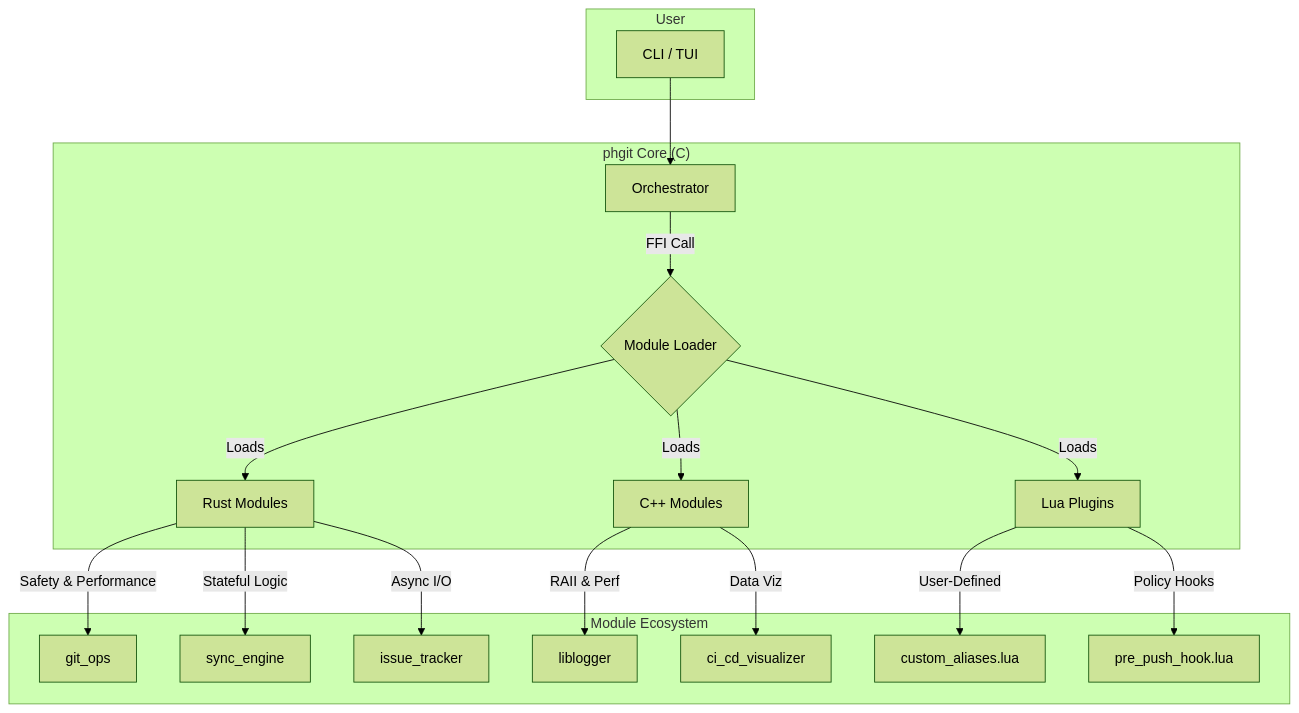
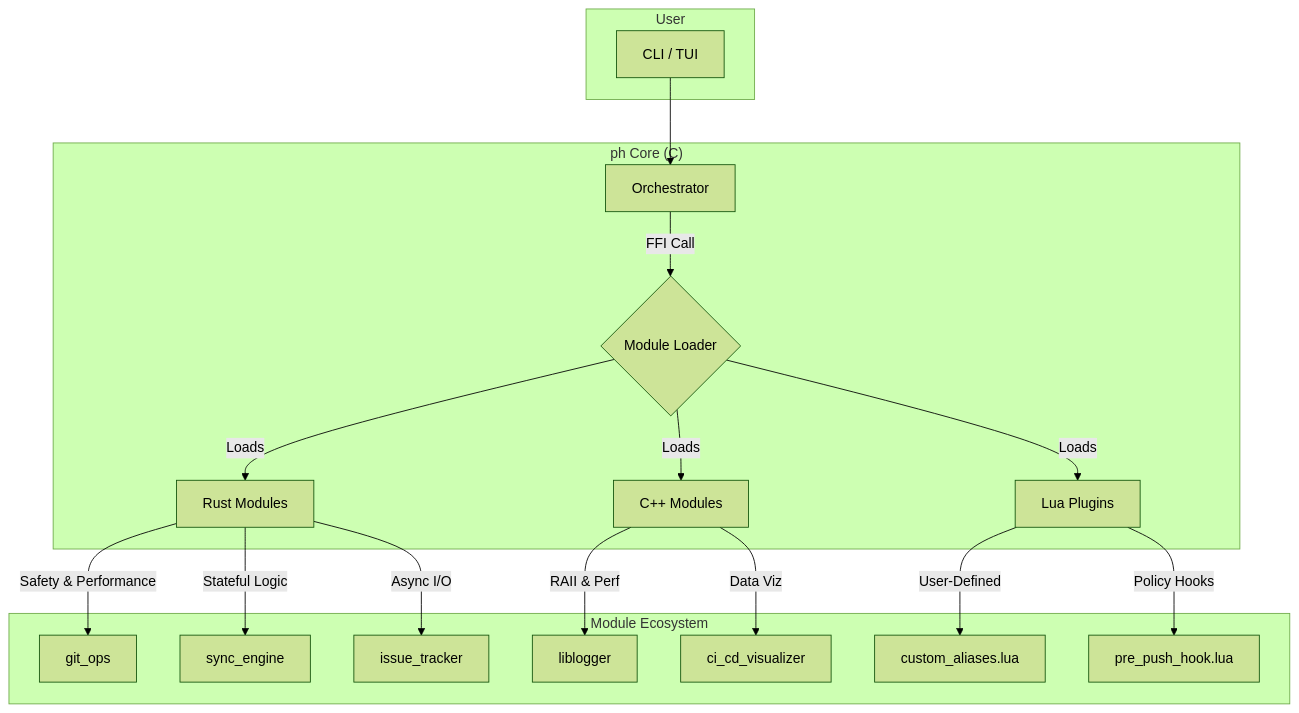
The diagram in README.md (phkaiser13/PeitchGIT), drawn with Mermaid (forest theme) before and after one commit. The commit also changed other lines of this file and 83 other files, not shown here.

````diff
--- a/README.md
+++ b/README.md
@@ -77,26 +77,26 @@
 ```mermaid
 graph TD
     subgraph User
         A[CLI / TUI]
     end
 
-    subgraph "phgit Core (C)"
+    subgraph "ph Core (C)"
         B[Orchestrator]
         B -- FFI Call --> C{Module Loader}
         C -- Loads --> D[Rust Modules]
         C -- Loads --> E[C++ Modules]
         C -- Loads --> F[Lua Plugins]
     end
 
     subgraph "Module Ecosystem"
         D -- "Safety & Performance" --> D1[git_ops]
         D -- "Stateful Logic" --> D2[sync_engine]
         D -- "Async I/O" --> D3[issue_tracker]
         E -- "RAII & Perf" --> E1[liblogger]
         E -- "Data Viz" --> E2[ci_cd_visualizer]
         F -- "User-Defined" --> F1[custom_aliases.lua]
         F -- "Policy Hooks" --> F2[pre_push_hook.lua]
     end
 
     A --> B
 ```
````
